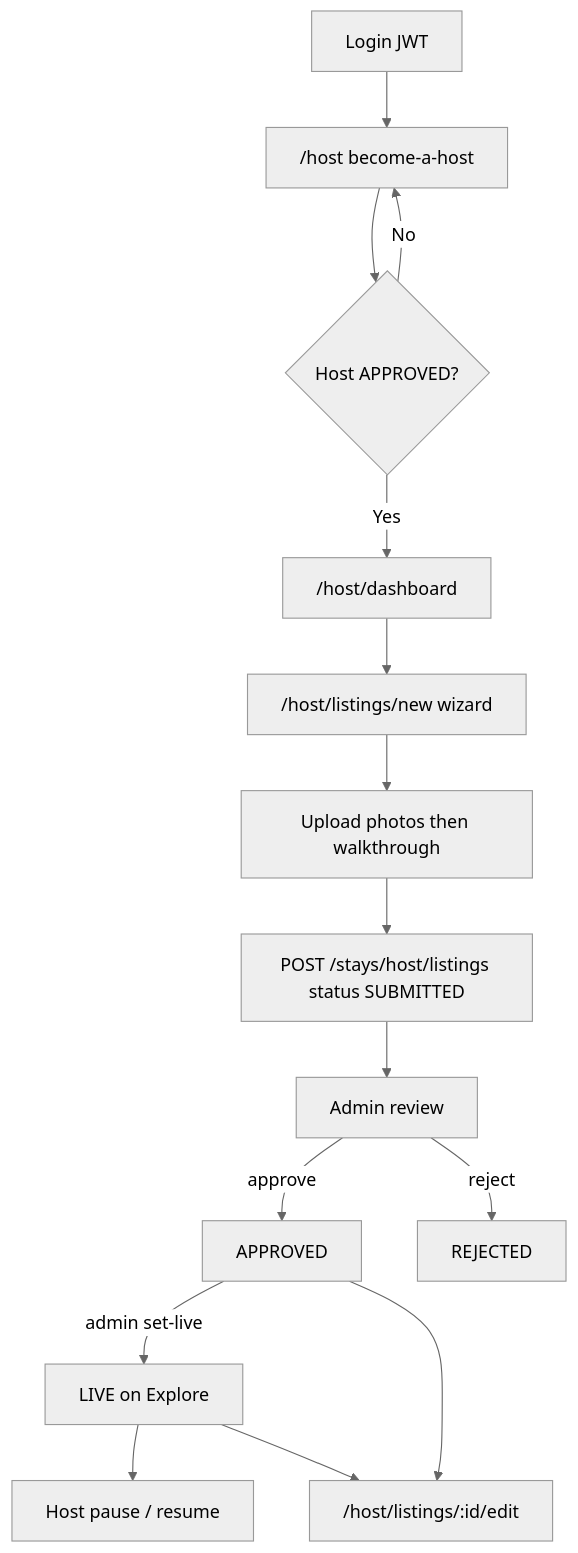
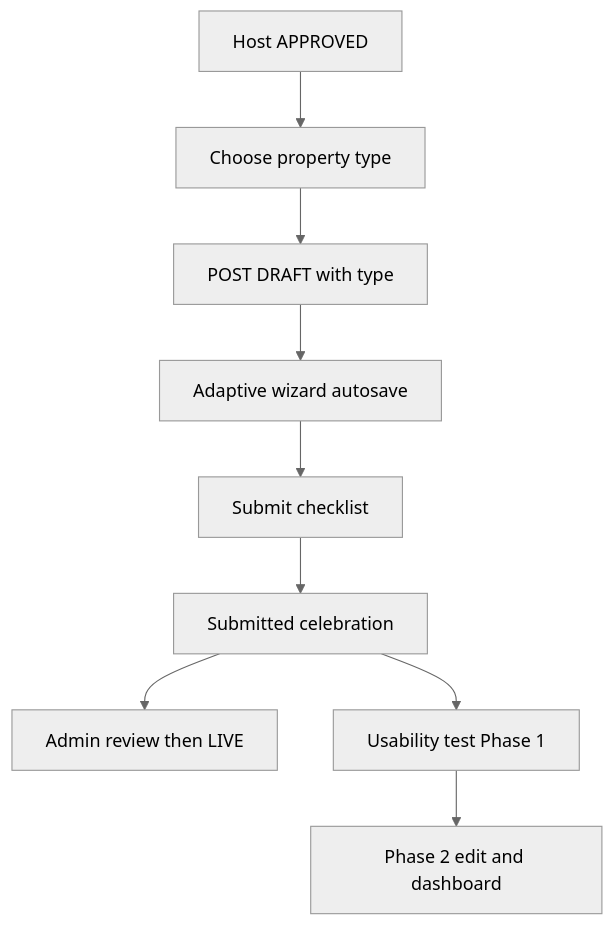
The diagram in docs/LISTING_FLOW.md (yvhiku/nexastays_web), drawn with Mermaid (neutral theme) before and after one commit. The commit also changed other lines of this file and 13 other files, not shown here.

First line of the commit message:
Ship create-early listing wizard with server drafts and completion %.

````diff
--- a/docs/LISTING_FLOW.md
+++ b/docs/LISTING_FLOW.md
@@ -20,31 +19,21 @@
 ```mermaid
 flowchart TD
-  login[Login JWT]
-  becomeHost["/host become-a-host"]
-  hostApproved{Host APPROVED?}
-  dashboard["/host/dashboard"]
-  wizard["/host/listings/new wizard"]
-  upload[Upload photos then walkthrough]
-  create["POST /stays/host/listings status SUBMITTED"]
-  adminReview[Admin review]
-  approved[APPROVED]
-  live[LIVE on Explore]
-  rejected[REJECTED]
-  pauseResume[Host pause / resume]
-  edit["/host/listings/:id/edit"]
+  approved[Host APPROVED]
+  pickType[Choose property type]
+  createDraft["POST DRAFT with type"]
+  wizard[Adaptive wizard autosave]
+  submitScreen[Submit checklist]
+  celebrate[Submitted celebration]
+  admin[Admin review then LIVE]
+  usability[Usability test Phase 1]
+  phase2[Phase 2 edit and dashboard]
 
-  login --> becomeHost
-  becomeHost --> hostApproved
-  hostApproved -->|No| becomeHost
-  hostApproved -->|Yes| dashboard
-  dashboard --> wizard
-  wizard --> upload
-  upload --> create
-  create --> adminReview
-  adminReview -->|approve| approved
-  adminReview -->|reject| rejected
-  approved -->|admin set-live| live
-  live --> pauseResume
-  live --> edit
-  approved --> edit
+  approved --> pickType
+  pickType --> createDraft
+  createDraft --> wizard
+  wizard --> submitScreen
+  submitScreen --> celebrate
+  celebrate --> admin
+  celebrate --> usability
+  usability --> phase2
 ```
````
